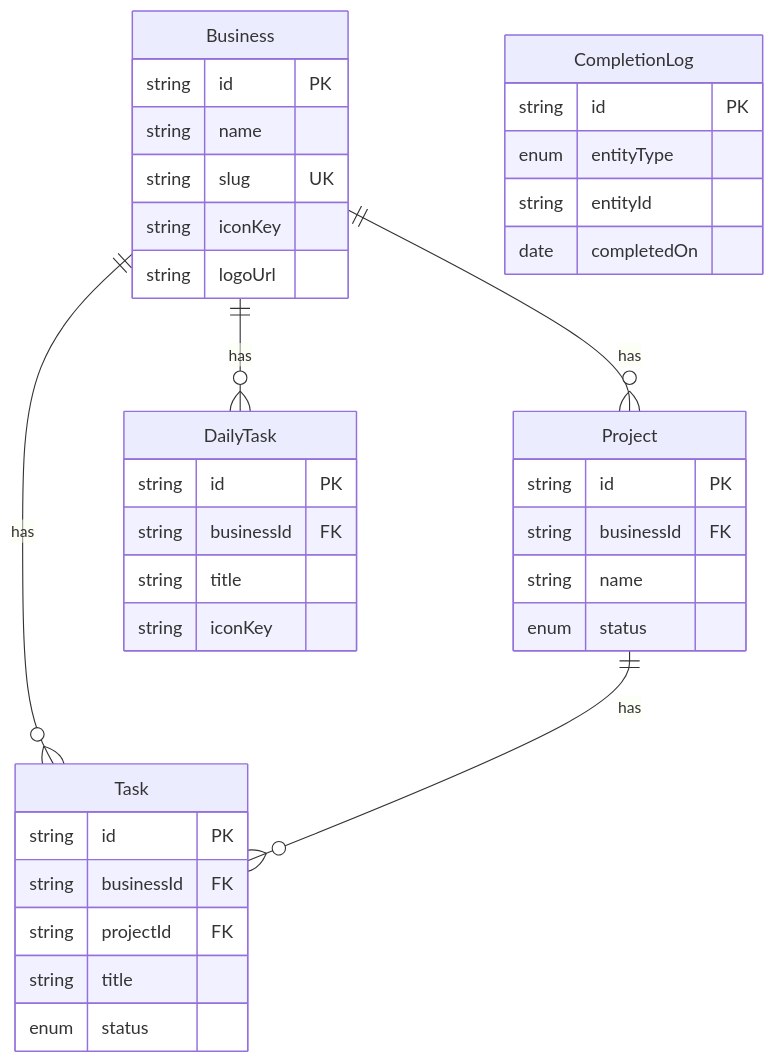
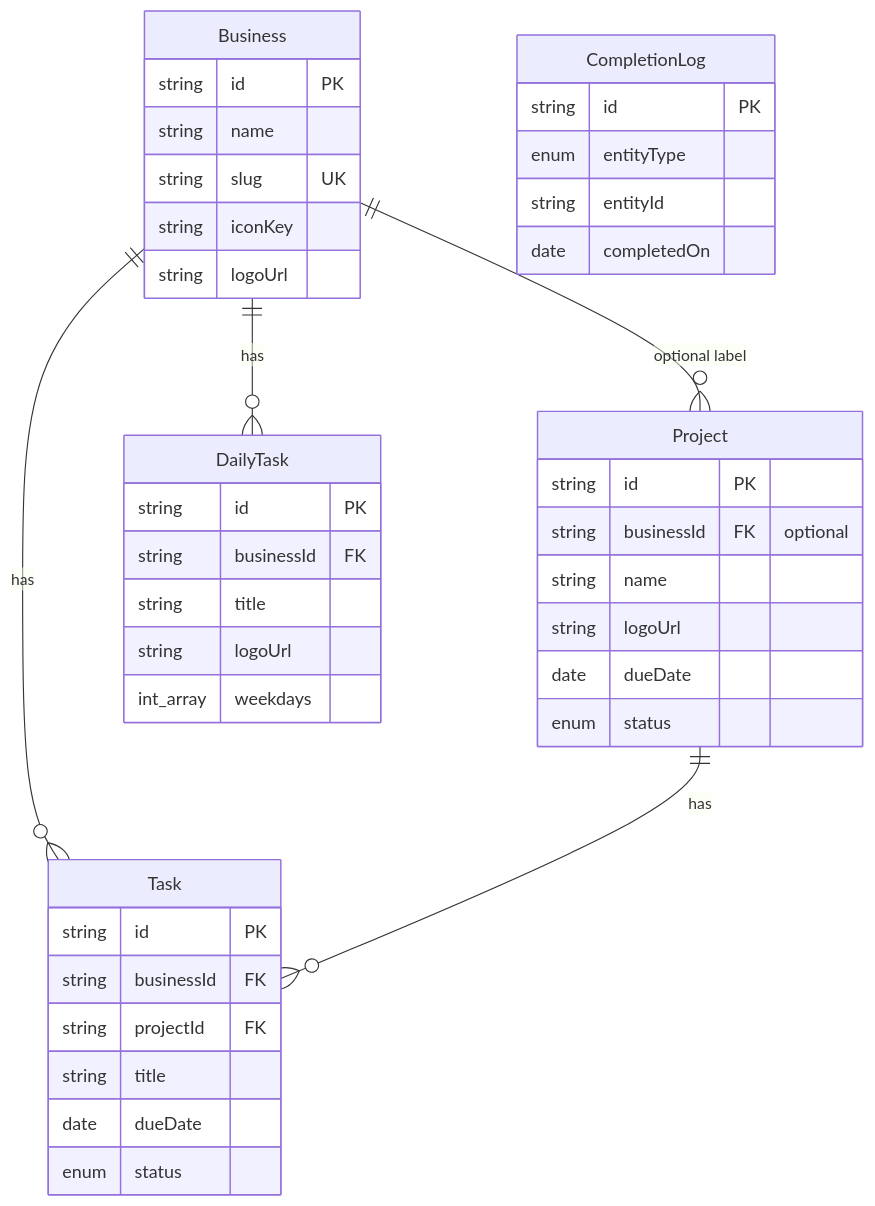
The second of 2 diagrams in docs/ARCHITECTURE.md (baselhusam/daily-hub), drawn with Mermaid before and after one commit. The commit also changed other lines of this file and 36 other files, not shown here.

````diff
--- a/docs/ARCHITECTURE.md
+++ b/docs/ARCHITECTURE.md
@@ -75,44 +90,48 @@
 ```mermaid
 erDiagram
-  Business ||--o{ Project : has
+  Business ||--o{ Project : "optional label"
   Business ||--o{ Task : has
   Business ||--o{ DailyTask : has
   Project ||--o{ Task : has
 
   Business {
     string id PK
     string name
     string slug UK
     string iconKey
     string logoUrl
   }
 
   Project {
     string id PK
-    string businessId FK
+    string businessId FK "optional"
     string name
+    string logoUrl
+    date dueDate
     enum status
   }
 
   Task {
     string id PK
     string businessId FK
     string projectId FK
     string title
+    date dueDate
     enum status
   }
 
   DailyTask {
     string id PK
     string businessId FK
     string title
-    string iconKey
+    string logoUrl
+    int_array weekdays
   }
 
   CompletionLog {
     string id PK
     enum entityType
     string entityId
     date completedOn
   }
 ```
````
